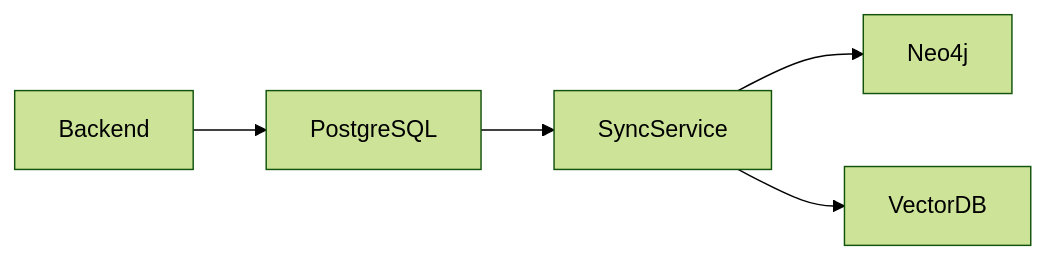
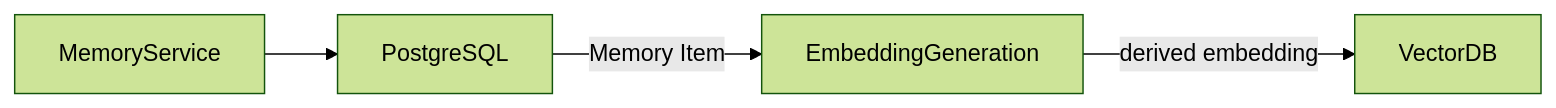
One commit to koraayoztuurk/SentinelAI changed the second of 3 diagrams in docs/04-backend/database-architecture.md. Above: the diagram before and after it, drawn with Mermaid (forest theme). The commit also changed other lines of this file and 66 other files, not shown here.

````diff
--- a/docs/04-backend/database-architecture.md
+++ b/docs/04-backend/database-architecture.md
@@ -236,11 +259,9 @@
 ```mermaid
 flowchart LR
 
-Backend --> PostgreSQL
+MemoryService --> PostgreSQL
 
-PostgreSQL --> SyncService
+PostgreSQL -->|Memory Item| EmbeddingGeneration
 
-SyncService --> Neo4j
-
-SyncService --> VectorDB
+EmbeddingGeneration -->|derived embedding| VectorDB
 ```
````
